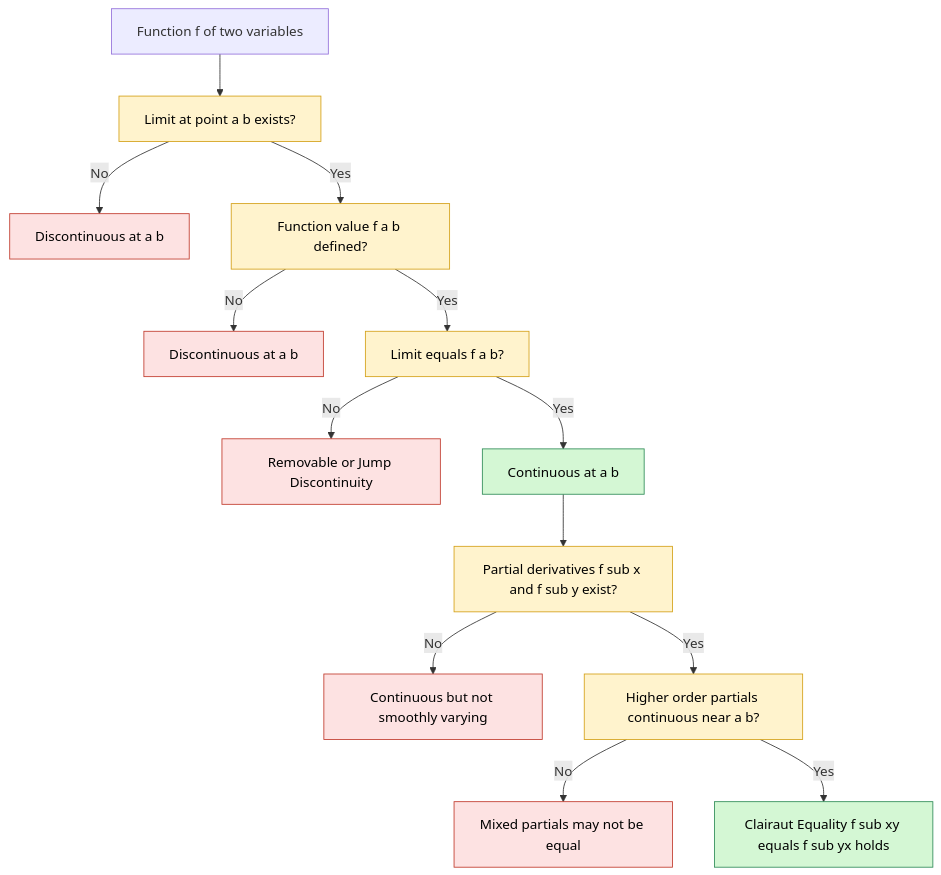
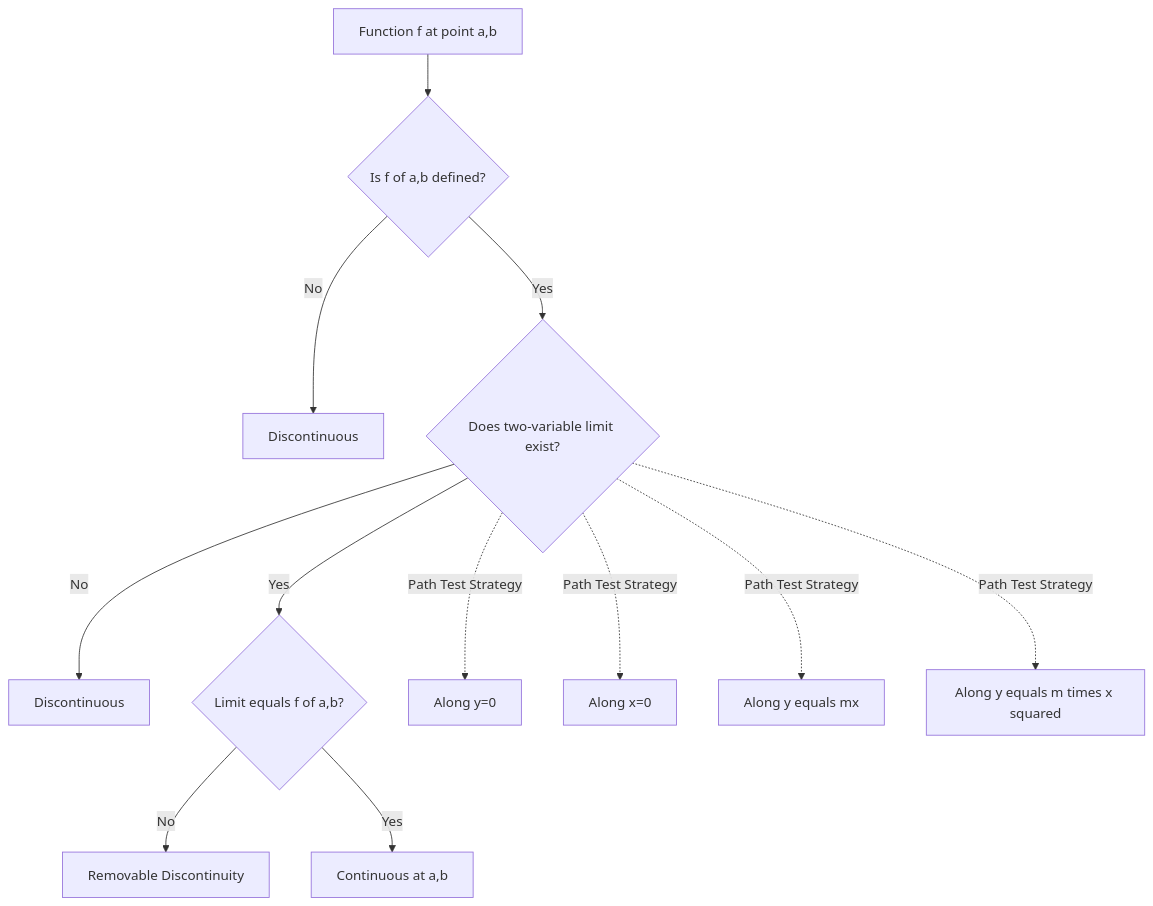
Before and after one commit to vishnuu-kr/ktunode: the second of 5 diagrams in public/notes/computer-science-and-engineering/semester-1/gamat101-mathematics-for-information-science-1/02-module-2-functions-of-several-variables-domains-and-ranges/partial-derivatives-and-continuity/notes.md, drawn with Mermaid. The commit also changed other lines of this file and 4829 other files, not shown here.

````diff
--- a/public/notes/computer-science-and-engineering/semester-1/gamat101-mathematics-for-information-science-1/02-module-2-functions-of-several-variables-domains-and-ranges/partial-derivatives-and-continuity/notes.md
+++ b/public/notes/computer-science-and-engineering/semester-1/gamat101-mathematics-for-information-science-1/02-module-2-functions-of-several-variables-domains-and-ranges/partial-derivatives-and-continuity/notes.md
@@ -357,24 +304,14 @@
 ```mermaid
 flowchart TD
-    A[Function f of two variables] --> B[Limit at point a b exists?]
-    B -- No --> B1[Discontinuous at a b]
-    B -- Yes --> C[Function value f a b defined?]
-    C -- No --> C1[Discontinuous at a b]
-    C -- Yes --> D[Limit equals f a b?]
-    D -- No --> D1[Removable or Jump Discontinuity]
-    D -- Yes --> E[Continuous at a b]
-
-    E --> F[Partial derivatives f sub x and f sub y exist?]
-    F -- No --> F1[Continuous but not smoothly varying]
-    F -- Yes --> G[Higher order partials continuous near a b?]
-    G -- No --> G1[Mixed partials may not be equal]
-    G -- Yes --> H[Clairaut Equality f sub xy equals f sub yx holds]
-
-    classDef good fill:#d4f7d4,stroke:#2e8b57,color:#000;
-    classDef bad fill:#fde2e2,stroke:#c0392b,color:#000;
-    classDef check fill:#fff3cd,stroke:#d4a017,color:#000;
-
-    class E,H good
-    class B1,C1,D1,F1,G1 bad
-    class B,C,D,F,G check
+    Start[Function f at point a,b] --> Q1{Is f of a,b defined?}
+    Q1 -->|No| Out1[Discontinuous]
+    Q1 -->|Yes| Q2{Does two-variable limit exist?}
+    Q2 -->|No| Out2[Discontinuous]
+    Q2 -->|Yes| Q3{Limit equals f of a,b?}
+    Q3 -->|No| Out3[Removable Discontinuity]
+    Q3 -->|Yes| Out4[Continuous at a,b]
+    Q2 -.Path Test Strategy.-> Path1[Along y=0]
+    Q2 -.Path Test Strategy.-> Path2[Along x=0]
+    Q2 -.Path Test Strategy.-> Path3[Along y equals mx]
+    Q2 -.Path Test Strategy.-> Path4[Along y equals m times x squared]
 ```
````
